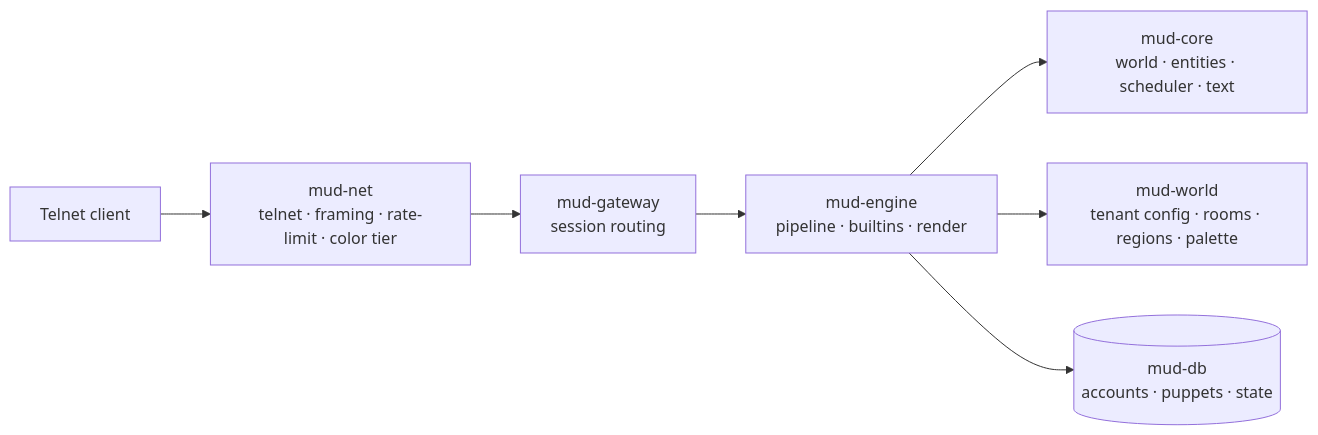
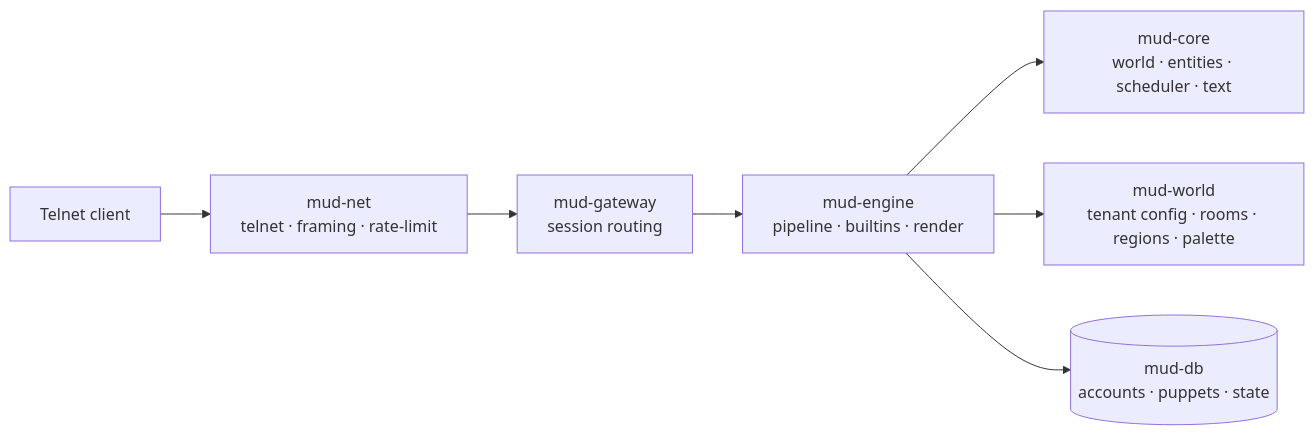
One commit to k3rn31/ferrodun changed the diagram in docs/docs/architecture/index.md. Above: the diagram before and after it, drawn with Mermaid. The commit also changed other lines of this file and 4 other files, not shown here.

Commit message:
docs: final-review fixes — qualify mud-net rendering, derot line refs, character/echo wording

````diff
--- a/docs/docs/architecture/index.md
+++ b/docs/docs/architecture/index.md
@@ -41,9 +41,9 @@
 ```mermaid
 flowchart LR
-    C[Telnet client] --> N["mud-net<br/>telnet · framing · rate-limit · color tier"]
+    C[Telnet client] --> N["mud-net<br/>telnet · framing · rate-limit"]
     N --> G["mud-gateway<br/>session routing"]
     G --> E["mud-engine<br/>pipeline · builtins · render"]
     E --> Core["mud-core<br/>world · entities · scheduler · text"]
     E --> W["mud-world<br/>tenant config · rooms · regions · palette"]
     E --> DB[("mud-db<br/>accounts · puppets · state")]
 ```
````
